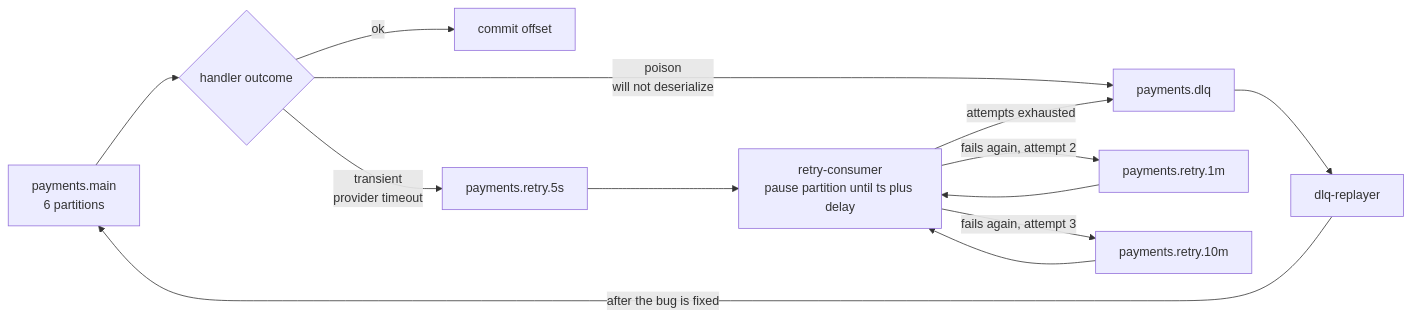
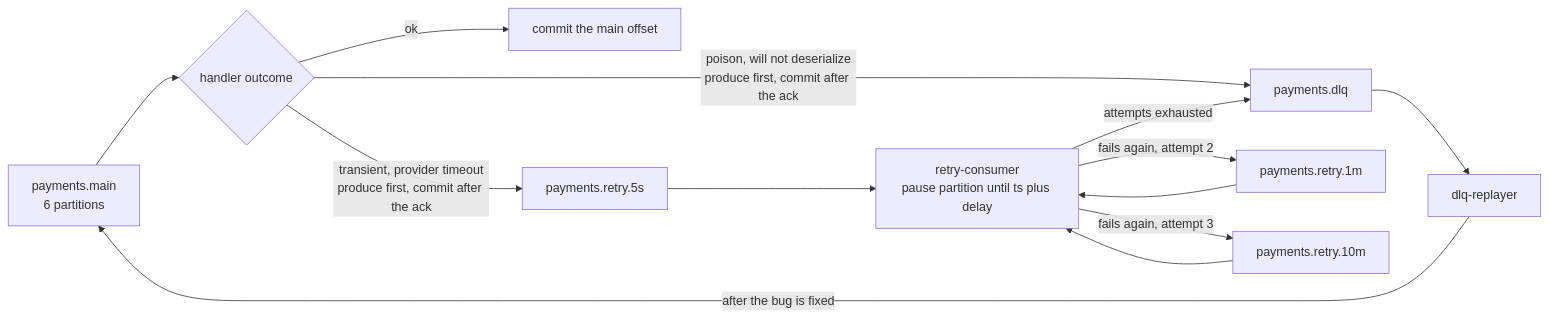
Before and after one commit to DmytroLysenko1/Kafka-lab: the diagram in docs/static/07-retry-dlq.md, drawn with Mermaid. The commit also changed other lines of this file and 13 other files, not shown here.

Commit message:
fixed four diagram defects and added the transactions case.

````diff
--- a/docs/static/07-retry-dlq.md
+++ b/docs/static/07-retry-dlq.md
@@ -8,18 +8,18 @@
 ```mermaid
 flowchart LR
     M["payments.main<br/>6 partitions"] --> H{"handler outcome"}
 
-    H -->|"ok"| OK["commit offset"]
-    H -->|"transient<br/>provider timeout"| R5["payments.retry.5s"]
-    H -->|"poison<br/>will not deserialize"| D["payments.dlq"]
+    H -->|"ok"| OK["commit the main offset"]
+    H -->|"transient, provider timeout<br/>produce first, commit after the ack"| R5["payments.retry.5s"]
+    H -->|"poison, will not deserialize<br/>produce first, commit after the ack"| D["payments.dlq"]
 
     R5 --> RC["retry-consumer<br/>pause partition until ts plus delay"]
     RC -->|"fails again, attempt 2"| R1["payments.retry.1m"]
     R1 --> RC
     RC -->|"fails again, attempt 3"| R10["payments.retry.10m"]
     R10 --> RC
     RC -->|"attempts exhausted"| D
 
     D --> RP["dlq-replayer"]
     RP -->|"after the bug is fixed"| M
 ```
````
